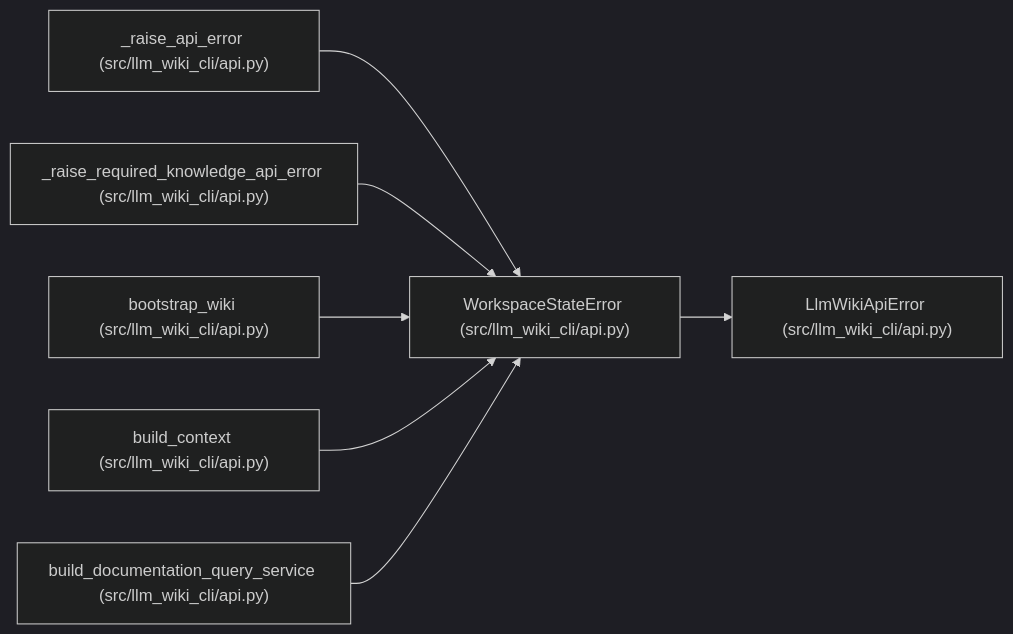
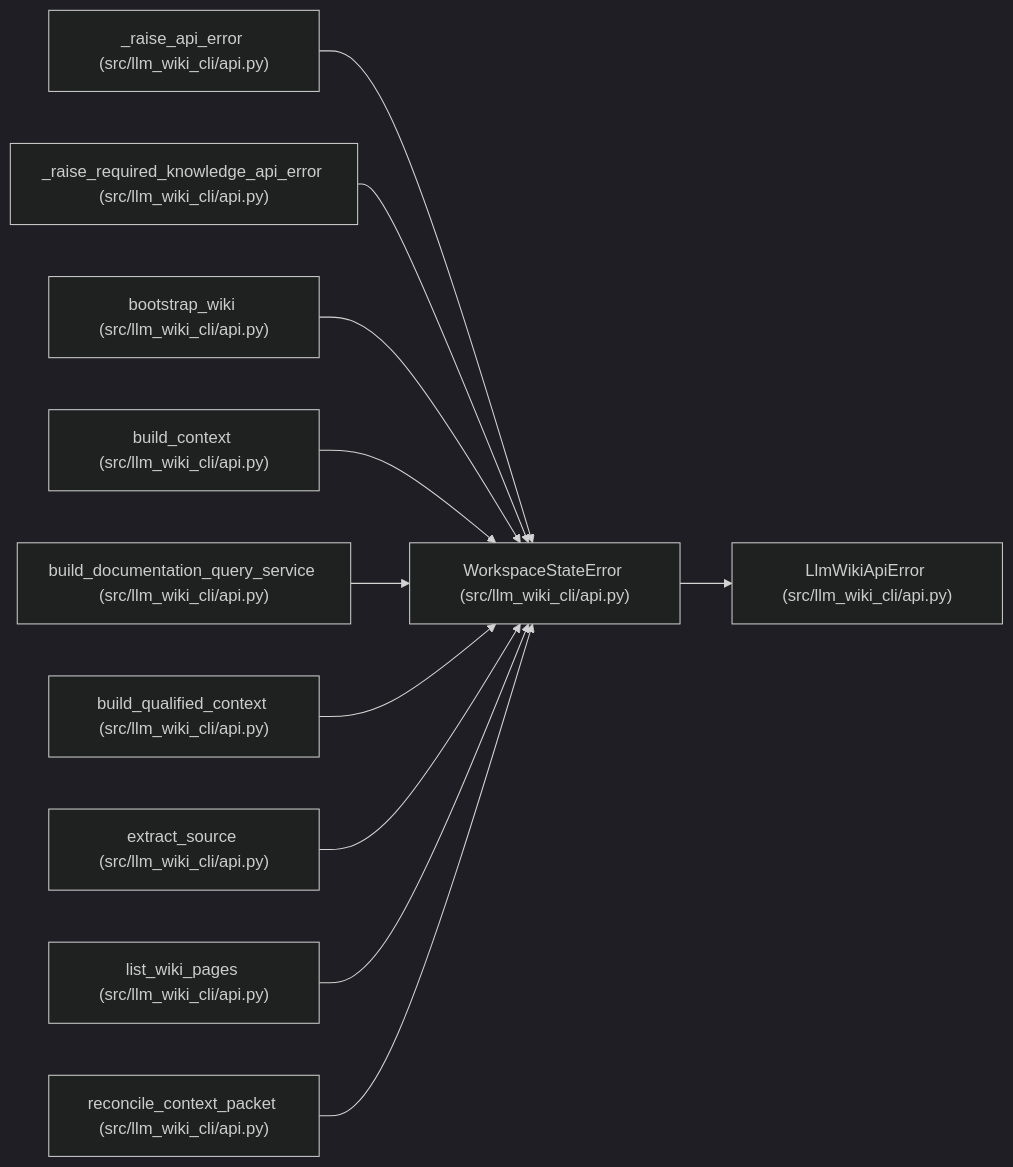
The diagram in docs/llm_wiki/entities/WorkspaceStateError.md (Denissvgn/python-wiki-llm), drawn with Mermaid (dark theme) before and after one commit. The commit also changed other lines of this file and 493 other files, not shown here.

````diff
--- a/docs/llm_wiki/entities/WorkspaceStateError.md
+++ b/docs/llm_wiki/entities/WorkspaceStateError.md
@@ -23,23 +23,35 @@
 ```mermaid
 flowchart LR
     n0["WorkspaceStateError (src/llm_wiki_cli/api.py)"]
     n1["LlmWikiApiError (src/llm_wiki_cli/api.py)"]
     n2["_raise_api_error (src/llm_wiki_cli/api.py)"]
     n3["_raise_required_knowledge_api_error (src/llm_wiki_cli/api.py)"]
     n4["bootstrap_wiki (src/llm_wiki_cli/api.py)"]
     n5["build_context (src/llm_wiki_cli/api.py)"]
     n6["build_documentation_query_service (src/llm_wiki_cli/api.py)"]
+    n7["build_qualified_context (src/llm_wiki_cli/api.py)"]
+    n8["extract_source (src/llm_wiki_cli/api.py)"]
+    n9["list_wiki_pages (src/llm_wiki_cli/api.py)"]
+    n10["reconcile_context_packet (src/llm_wiki_cli/api.py)"]
     n0 --> n1
     n2 --> n0
     n3 --> n0
     n4 --> n0
     n5 --> n0
     n6 --> n0
+    n7 --> n0
+    n8 --> n0
+    n9 --> n0
+    n10 --> n0
     click n0 "../modules/api.md"
     click n1 "../modules/api.md"
     click n2 "../modules/api.md"
     click n3 "../modules/api.md"
     click n4 "../modules/api.md"
     click n5 "../modules/api.md"
     click n6 "../modules/api.md"
+    click n7 "../modules/api.md"
+    click n8 "../modules/api.md"
+    click n9 "../modules/api.md"
+    click n10 "../modules/api.md"
 ```
````
